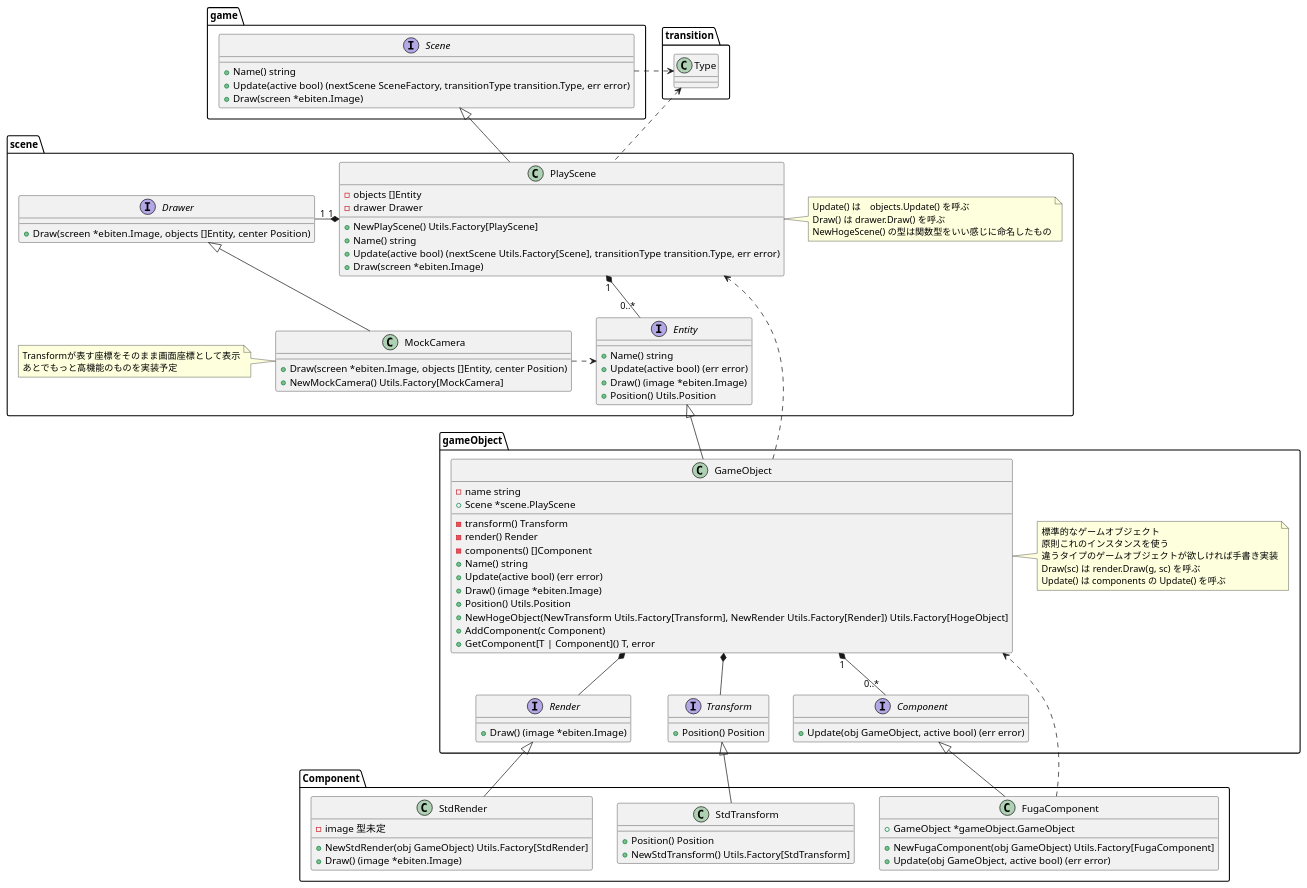
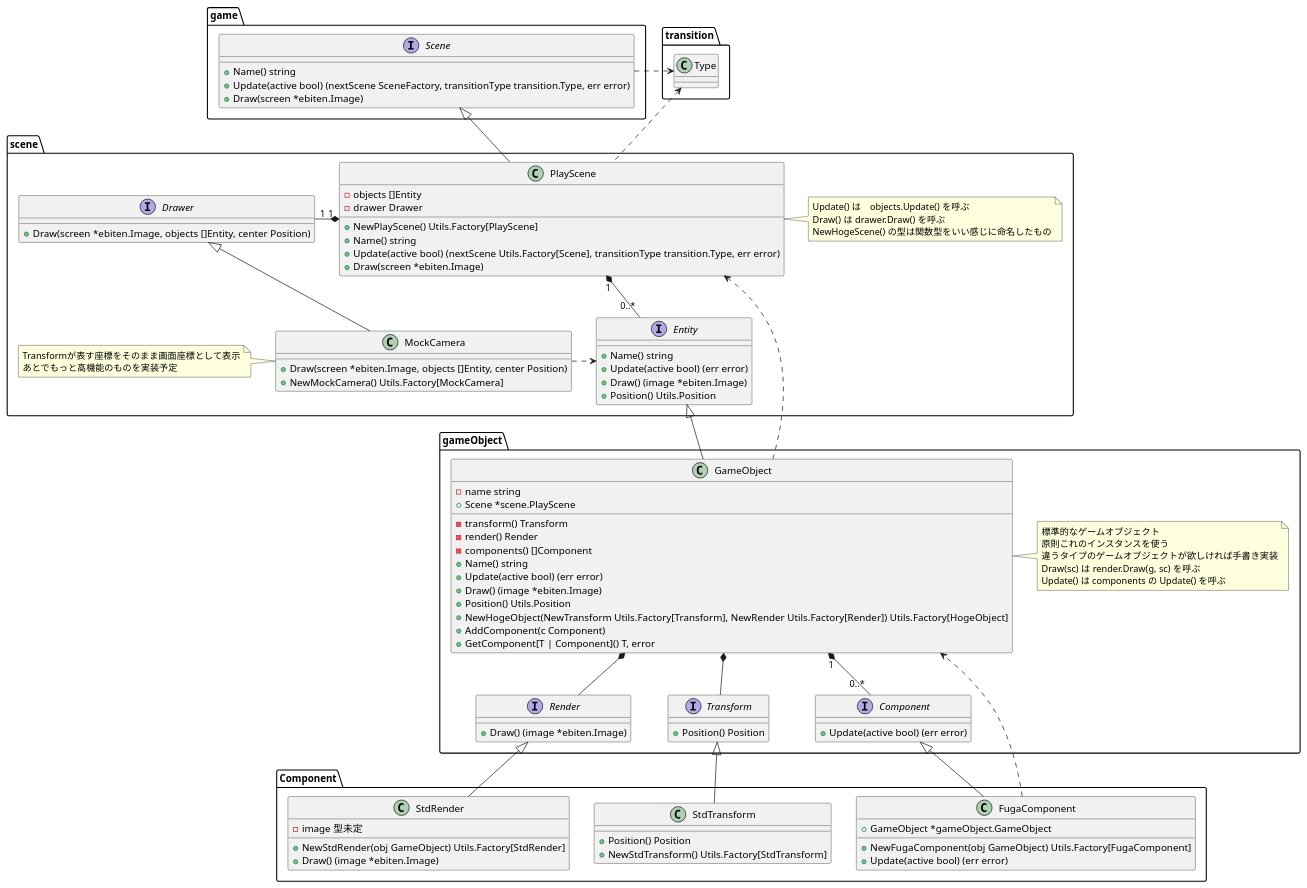
The diagram in Docs/Scene_class_diagram.puml (kmc-jp/Gamedev_Tempura-of-p--Phenylazo-phenol), drawn with PlantUML before and after one commit. The commit also changed 4 other files, not shown here.

Commit message:
Component に GameObject の参照を持たせたので必要なくなった引数を削除

```diff
--- a/Docs/Scene_class_diagram.puml
+++ b/Docs/Scene_class_diagram.puml
@@ -1,118 +1,118 @@
 @startuml Scene_class_diagram
 
 package transition {
     class Type{}
 }
 
 package game {
     interface Scene {
         + Name() string
         + Update(active bool) (nextScene SceneFactory, transitionType transition.Type, err error)
         + Draw(screen *ebiten.Image)
     }
 
     Scene .right.> transition.Type
 }
 
 package scene {
     class PlayScene {
         - objects []Entity
         - drawer Drawer
         + NewPlayScene() Utils.Factory[PlayScene]
         + Name() string
         + Update(active bool) (nextScene Utils.Factory[Scene], transitionType transition.Type, err error)
         + Draw(screen *ebiten.Image)
     }
     note right of PlayScene : Update() は　objects.Update() を呼ぶ\nDraw() は drawer.Draw() を呼ぶ\nNewHogeScene() の型は関数型をいい感じに命名したもの
 
     PlayScene -up-|> game.Scene
     PlayScene .up.> transition.Type
 
 
     PlayScene "1" *-- "0..*" Entity
     PlayScene "1" *-left- "1" Drawer
 
     interface Entity {
         + Name() string
         + Update(active bool) (err error)
         + Draw() (image *ebiten.Image)
         + Position() Utils.Position
     }
 
     interface Drawer {
         + Draw(screen *ebiten.Image, objects []Entity, center Position)
     }
 
     class MockCamera {
         + Draw(screen *ebiten.Image, objects []Entity, center Position)
         + NewMockCamera() Utils.Factory[MockCamera]
     }
     note left of MockCamera : Transformが表す座標をそのまま画面座標として表示\nあとでもっと高機能のものを実装予定
 
     MockCamera -up-|> Drawer
     MockCamera .> Entity
 }
 
 package gameObject {
     class GameObject {
         - name string
         + Scene *scene.PlayScene
         - transform() Transform
         - render() Render
         - components() []Component
         + Name() string
         + Update(active bool) (err error)
         + Draw() (image *ebiten.Image)
         + Position() Utils.Position
         + NewHogeObject(NewTransform Utils.Factory[Transform], NewRender Utils.Factory[Render]) Utils.Factory[HogeObject]
         + AddComponent(c Component)
         + GetComponent[T | Component]() T, error
     }
     note right of GameObject : 標準的なゲームオブジェクト\n原則これのインスタンスを使う\n違うタイプのゲームオブジェクトが欲しければ手書き実装\nDraw(sc) は render.Draw(g, sc) を呼ぶ\nUpdate() は components の Update() を呼ぶ
 
     GameObject -up-|> scene.Entity
     GameObject ...> scene.PlayScene
     GameObject *-- Transform
     GameObject *-- Render
 
     GameObject "1" *-- "0..*" Component
 
     interface Transform {
         + Position() Position
     }
 
     interface Render {
         + Draw() (image *ebiten.Image)
     }
 
     interface Component {
-        + Update(obj GameObject, active bool) (err error)
+        + Update(active bool) (err error)
     }
 }
 
 package Component {
     class FugaComponent {
         + GameObject *gameObject.GameObject
         + NewFugaComponent(obj GameObject) Utils.Factory[FugaComponent]
-        + Update(obj GameObject, active bool) (err error)
+        + Update(active bool) (err error)
     }
 
     FugaComponent -up-|> gameObject.Component
     FugaComponent ...> gameObject.GameObject
 
     class StdTransform {
         + Position() Position
         + NewStdTransform() Utils.Factory[StdTransform]
     }
 
     StdTransform -up-|> gameObject.Transform
 
     class StdRender {
         - image 型未定
         + NewStdRender(obj GameObject) Utils.Factory[StdRender]
         + Draw() (image *ebiten.Image)
     }
 
     StdRender -up-|> gameObject.Render
 }
 @enduml
```
